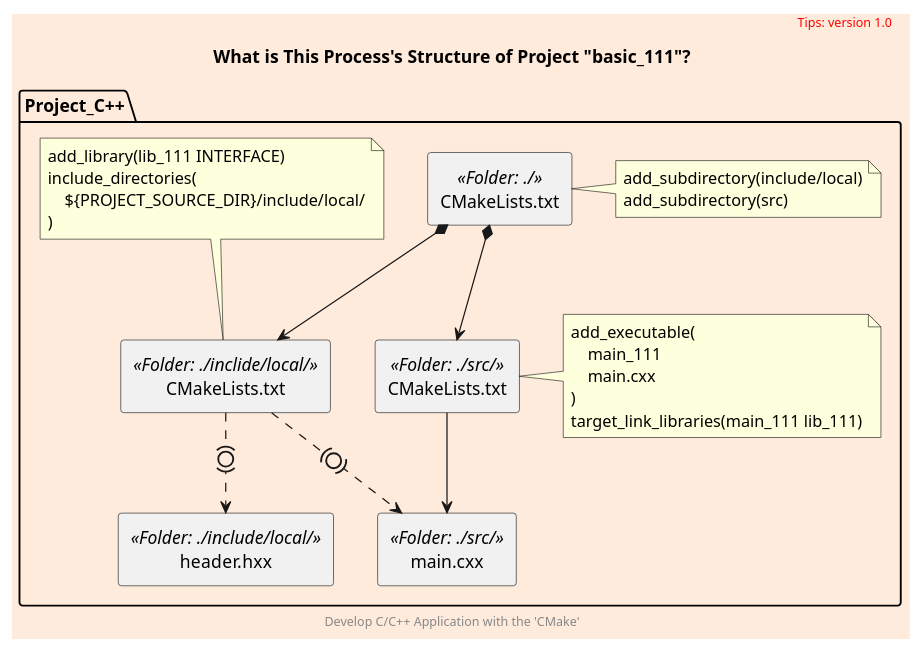
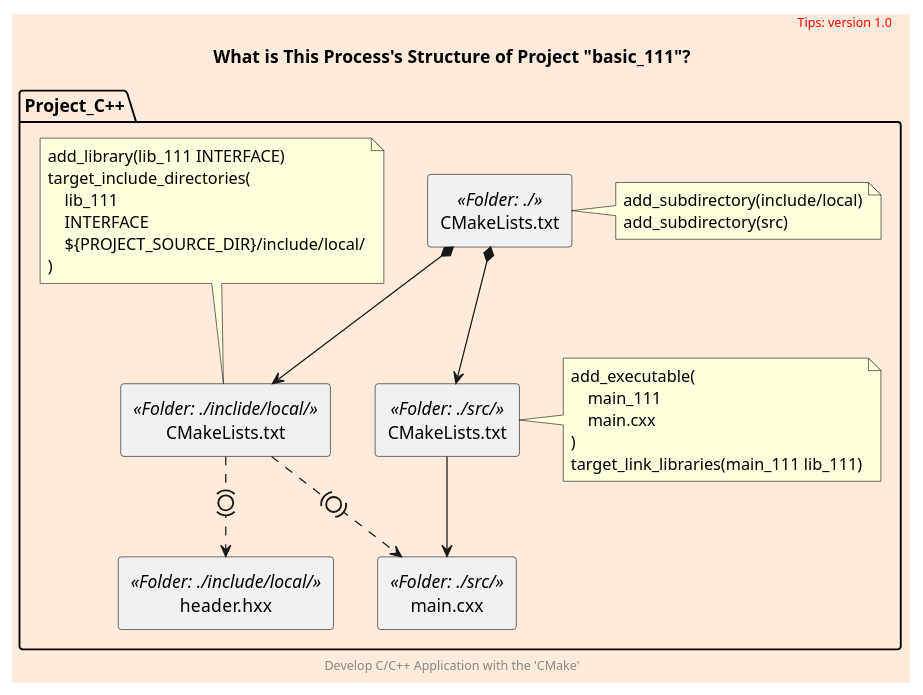
Before and after one commit to cnruby/w3h1_cmake: the diagram in docs/what-process.puml, drawn with PlantUML. The commit also changed 1 other file, not shown here.

```diff
--- a/docs/what-process.puml
+++ b/docs/what-process.puml
@@ -1,54 +1,56 @@
 @startuml
 scale 700 width
 skinparam backgroundColor #FFEBDC
 scale 1
 
 package Project_C++ as project {
     rectangle header.hxx <<Folder: ./include/local/>> as header
     rectangle main.cxx <<Folder: ./src/>> as main
     rectangle CMakeLists.txt <<Folder: ./>> as begin
     rectangle CMakeLists.txt <<Folder: ./src/>> as src_list
     rectangle CMakeLists.txt <<Folder: ./inclide/local/>> as local_list
     'rectangle main_cxx.o <<Binary File>> as o_file
 
     note right of begin
         add_subdirectory(include/local)
         add_subdirectory(src)
     endnote
     note top of local_list
         add_library(lib_111 INTERFACE)
-        include_directories(
+        target_include_directories(
+            lib_111
+            INTERFACE
             ${PROJECT_SOURCE_DIR}/include/local/
         )
     endnote
     note right of src_list
         add_executable(
             main_111
             main.cxx
         )
         target_link_libraries(main_111 lib_111)
     endnote
     'note bottom of main
     '    ＃include “<header.hxx>”
     'endnote
 }
 
 begin *--> src_list
 begin *--> local_list
 src_list --> main
 'src_list --> o_file
 'local_list --> o_file
 local_list .(0).> main
 local_list .(0).> header
 
 title
     What is This Process's Structure of Project "basic_111"?
 end title
 
 header
 <font color=red>Tips: version 1.0</font>
 endheader
 
 center footer Develop C/C++ Application with the 'CMake'
 
 @enduml
```
